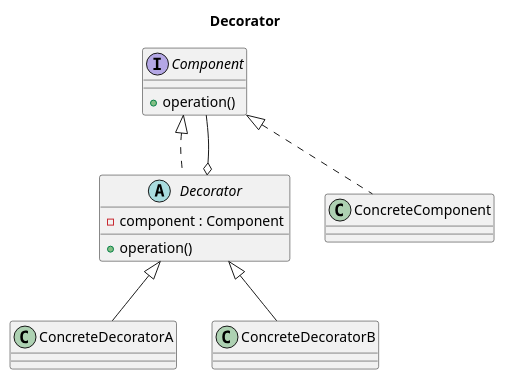
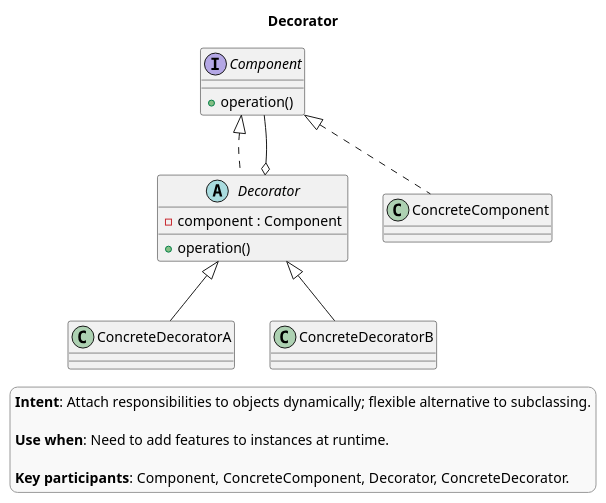
Before and after one commit to AkselErenberk/design-patterns: the diagram in theory/structural/decorator/class.puml, drawn with PlantUML. The commit also changed 26 other files, not shown here.

Commit message:
design pattern class diagrams

```diff
--- a/theory/structural/decorator/class.puml
+++ b/theory/structural/decorator/class.puml
@@ -1,21 +1,32 @@
 @startuml
 title Decorator
+
+skinparam legendBackgroundColor #f9f9f9
+skinparam legendBorderColor #999999
+
+legend right
+**Intent**: Attach responsibilities to objects dynamically; flexible alternative to subclassing.
+
+**Use when**: Need to add features to instances at runtime.
+
+**Key participants**: Component, ConcreteComponent, Decorator, ConcreteDecorator.
+endlegend
 
 interface Component {
   +operation()
 }
 
 abstract class Decorator implements Component {
   -component : Component
   +operation()
 }
 
 class ConcreteComponent
 class ConcreteDecoratorA
 class ConcreteDecoratorB
 
 Component <|.. ConcreteComponent
 Decorator <|-- ConcreteDecoratorA
 Decorator <|-- ConcreteDecoratorB
 Decorator o-- Component
 @enduml
```
